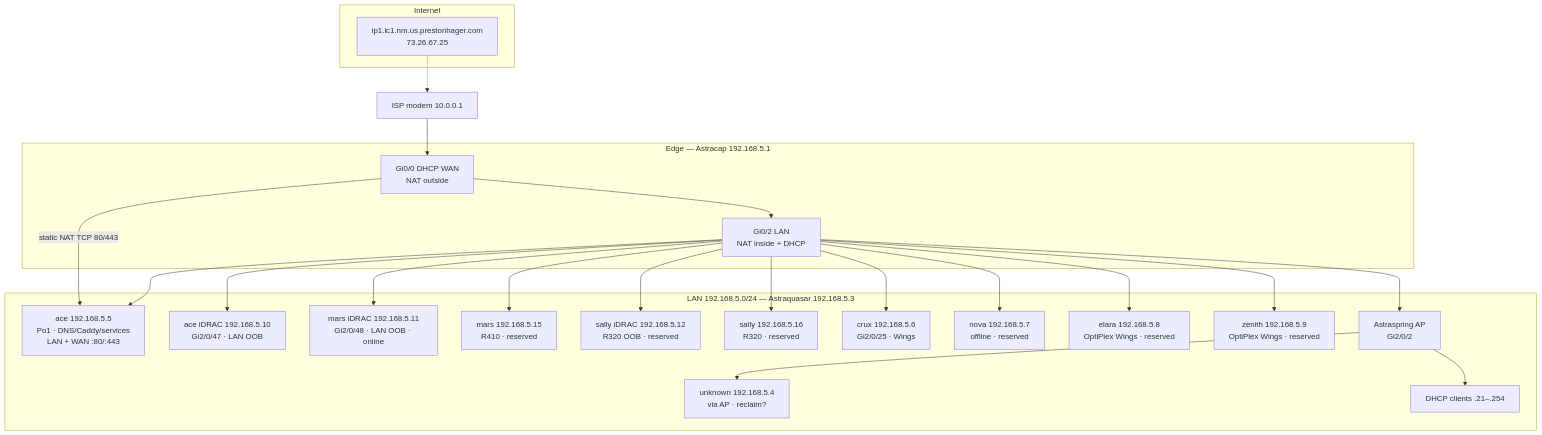
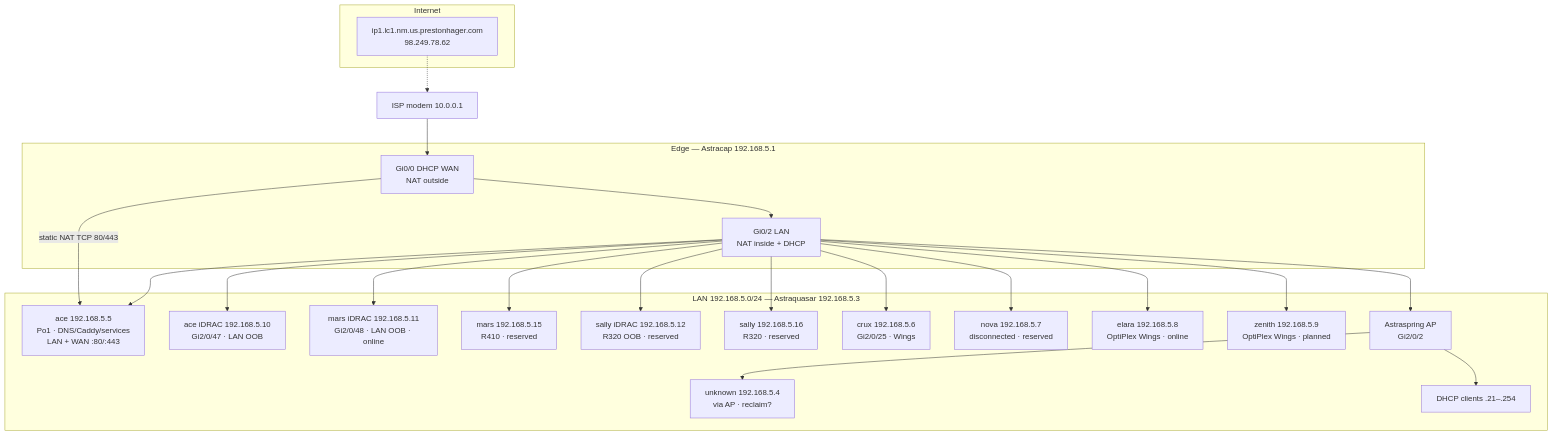
One commit to PrestonHager/nixos-configs changed the first of 3 diagrams in docs/network-topology.md. Above: the diagram before and after it, drawn with Mermaid. The commit also changed other lines of this file and 25 other files, not shown here.

````diff
--- a/docs/network-topology.md
+++ b/docs/network-topology.md
@@ -66,47 +66,47 @@
 ```mermaid
 flowchart TB
   subgraph WAN["Internet"]
-    Pub["ip1.lc1.nm.us.prestonhager.com<br/>73.26.67.25"]
+    Pub["ip1.lc1.nm.us.prestonhager.com<br/>98.249.78.62"]
   end
 
   subgraph Edge["Edge — Astracap 192.168.5.1"]
     Gi0["Gi0/0 DHCP WAN<br/>NAT outside"]
     Gi2["Gi0/2 LAN<br/>NAT inside + DHCP"]
   end
 
   subgraph LAN["LAN 192.168.5.0/24 — Astraquasar 192.168.5.3"]
     Ace["ace 192.168.5.5<br/>Po1 · DNS/Caddy/services<br/>LAN + WAN :80/:443"]
     AceId["ace iDRAC 192.168.5.10<br/>Gi2/0/47 · LAN OOB"]
     MarsId["mars iDRAC 192.168.5.11<br/>Gi2/0/48 · LAN OOB · online"]
     Mars["mars 192.168.5.15<br/>R410 · reserved"]
     SallyId["sally iDRAC 192.168.5.12<br/>R320 OOB · reserved"]
     Sally["sally 192.168.5.16<br/>R320 · reserved"]
     Crux["crux 192.168.5.6<br/>Gi2/0/25 · Wings"]
-    Nova["nova 192.168.5.7<br/>offline · reserved"]
-    Elara["elara 192.168.5.8<br/>OptiPlex Wings · reserved"]
-    Zenith["zenith 192.168.5.9<br/>OptiPlex Wings · reserved"]
+    Nova["nova 192.168.5.7<br/>disconnected · reserved"]
+    Elara["elara 192.168.5.8<br/>OptiPlex Wings · online"]
+    Zenith["zenith 192.168.5.9<br/>OptiPlex Wings · planned"]
     AP["Astraspring AP<br/>Gi2/0/2"]
     Unk["unknown 192.168.5.4<br/>via AP · reclaim?"]
     WS["DHCP clients .21–.254"]
   end
 
   Modem["ISP modem 10.0.0.1"]
 
   Pub -.-> Modem
   Modem --> Gi0
   Gi0 --> Gi2
   Gi2 --> Ace
   Gi2 --> AceId
   Gi2 --> MarsId
   Gi2 --> Mars
   Gi2 --> SallyId
   Gi2 --> Sally
   Gi2 --> Crux
   Gi2 --> Nova
   Gi2 --> Elara
   Gi2 --> Zenith
   Gi2 --> AP
   AP --> Unk
   AP --> WS
   Gi0 -->|"static NAT TCP 80/443"| Ace
 ```
````
